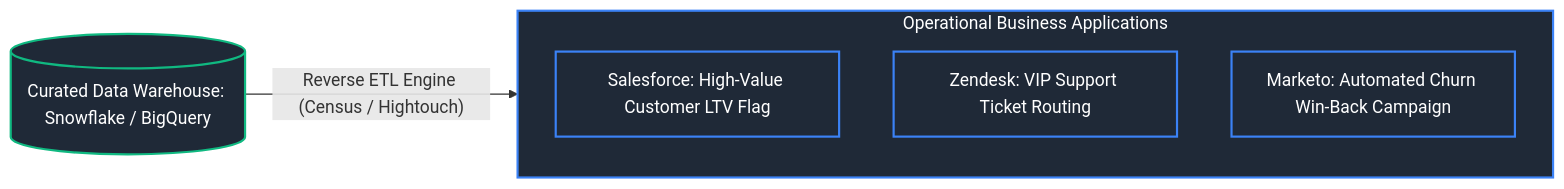
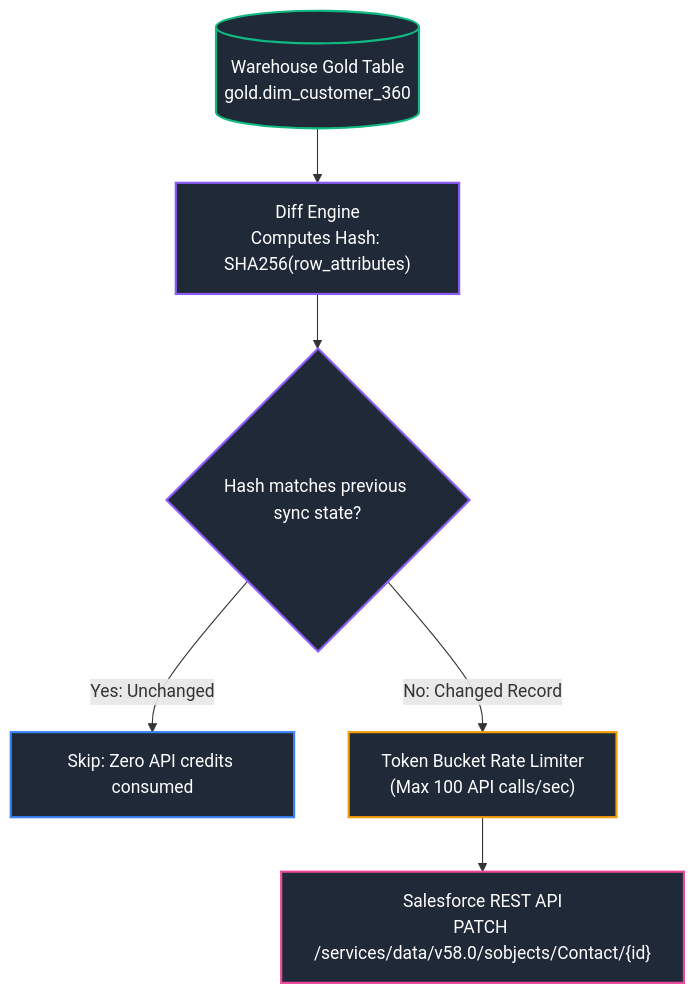
Before and after one commit to joydeep-biswas/Interview-Preparation: diagram 19 of 19 in Data Engineering/05_distributed_systems_and_apis.md, drawn with Mermaid. The commit also changed other lines of this file and 143 other files, not shown here.

````diff
--- a/Data Engineering/05_distributed_systems_and_apis.md
+++ b/Data Engineering/05_distributed_systems_and_apis.md
@@ -1158,16 +1298,15 @@
 ```mermaid
-flowchart LR
-    DW[(Curated Data Warehouse: Snowflake / BigQuery)] -->|"Reverse ETL Engine (Census / Hightouch)"| OperationalApps
-    
-    subgraph OperationalApps ["Operational Business Applications"]
-        SF[Salesforce: High-Value Customer LTV Flag]
-        Zendesk[Zendesk: VIP Support Ticket Routing]
-        Marketo[Marketo: Automated Churn Win-Back Campaign]
-    end
+flowchart TD
+    DW[(Warehouse Gold Table<br/>gold.dim_customer_360)] --> DiffEngine["Diff Engine<br/>Computes Hash: SHA256(row_attributes)"]
+    DiffEngine --> CacheCheck{"Hash matches previous sync state?"}
+    CacheCheck -- Yes: Unchanged --> Skip["Skip: Zero API credits consumed"]
+    CacheCheck -- No: Changed Record --> RateLimiter["Token Bucket Rate Limiter<br/>(Max 100 API calls/sec)"]
+    RateLimiter --> SaaS["Salesforce REST API<br/>PATCH /services/data/v58.0/sobjects/Contact/{id}"]
 
     style DW fill:#1f2937,stroke:#10b981,stroke-width:2px,color:#fff
-    style OperationalApps fill:#1f2937,stroke:#3b82f6,stroke-width:2px,color:#fff
-    style SF fill:#1f2937,stroke:#3b82f6,stroke-width:2px,color:#fff
-    style Zendesk fill:#1f2937,stroke:#3b82f6,stroke-width:2px,color:#fff
-    style Marketo fill:#1f2937,stroke:#3b82f6,stroke-width:2px,color:#fff
+    style DiffEngine fill:#1f2937,stroke:#8b5cf6,stroke-width:2px,color:#fff
+    style CacheCheck fill:#1f2937,stroke:#8b5cf6,stroke-width:2px,color:#fff
+    style Skip fill:#1f2937,stroke:#3b82f6,stroke-width:2px,color:#fff
+    style RateLimiter fill:#1f2937,stroke:#f59e0b,stroke-width:2px,color:#fff
+    style SaaS fill:#1f2937,stroke:#ec4899,stroke-width:2px,color:#fff
 ```
````
